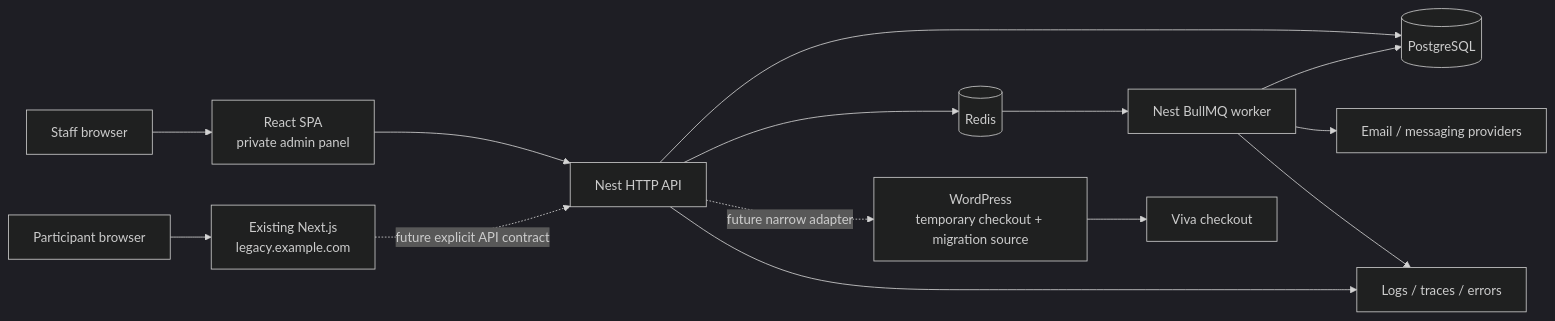
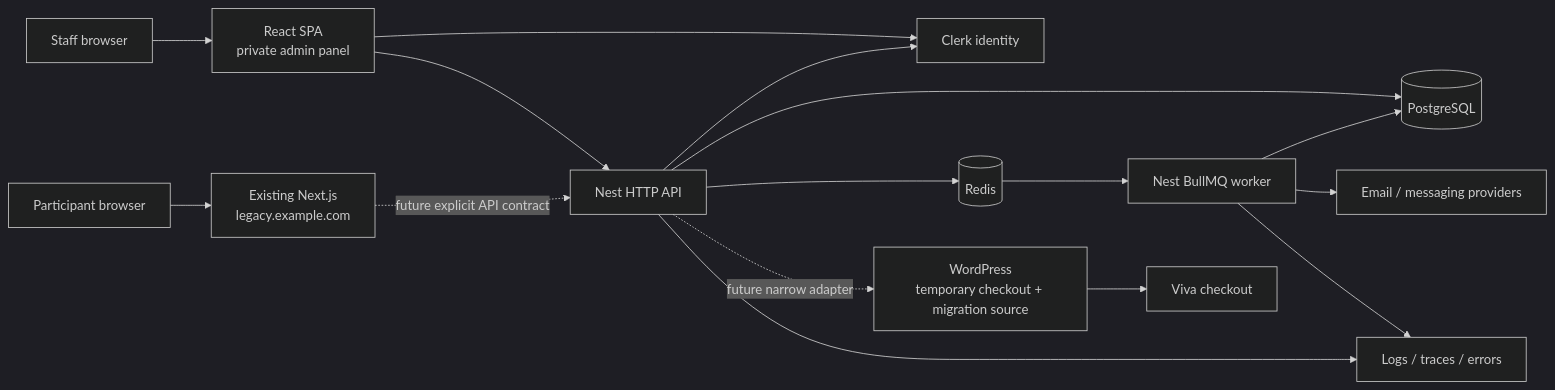
One commit to johnakisk0700/slopform changed the diagram in docs/architecture.md. Above: the diagram before and after it, drawn with Mermaid (dark theme). The commit also changed other lines of this file and 158 other files, not shown here.

````diff
--- a/docs/architecture.md
+++ b/docs/architecture.md
@@ -15,16 +15,18 @@
 ```mermaid
 flowchart LR
   Staff["Staff browser"] --> Web["React SPA\nprivate admin panel"]
+  Web --> Clerk["Clerk identity"]
   Web --> API["Nest HTTP API"]
+  API --> Clerk
   API --> DB[(PostgreSQL)]
   API --> Redis[(Redis)]
   Redis --> Worker["Nest BullMQ worker"]
   Worker --> DB
   Worker --> Providers["Email / messaging providers"]
   API -. "future narrow adapter" .-> WP["WordPress\ntemporary checkout + migration source"]
   WP --> Viva["Viva checkout"]
   Participant["Participant browser"] --> Public["Existing Next.js\nlegacy.example.com"]
   Public -. "future explicit API contract" .-> API
   API --> Obs["Logs / traces / errors"]
   Worker --> Obs
 ```
````
